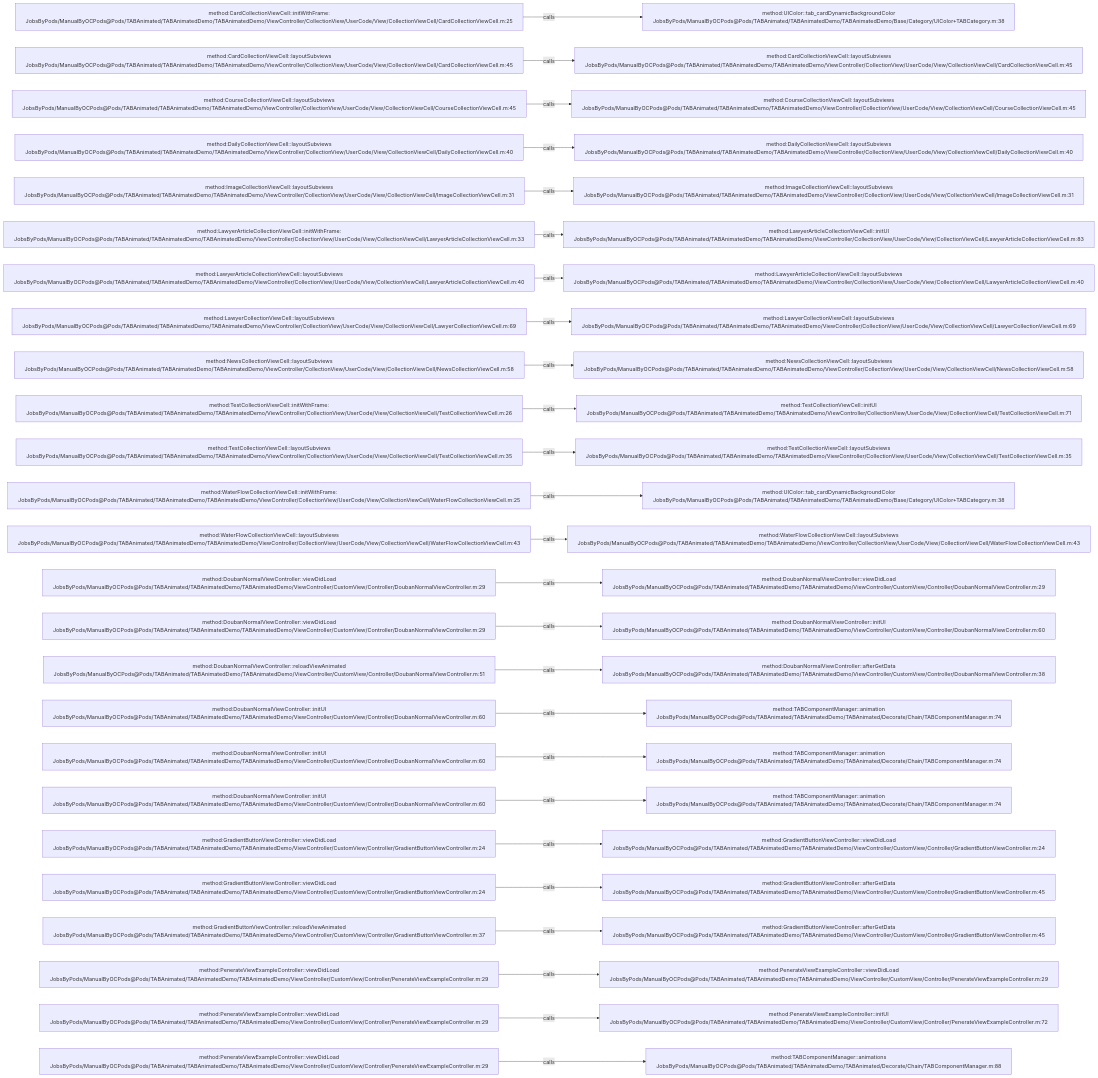
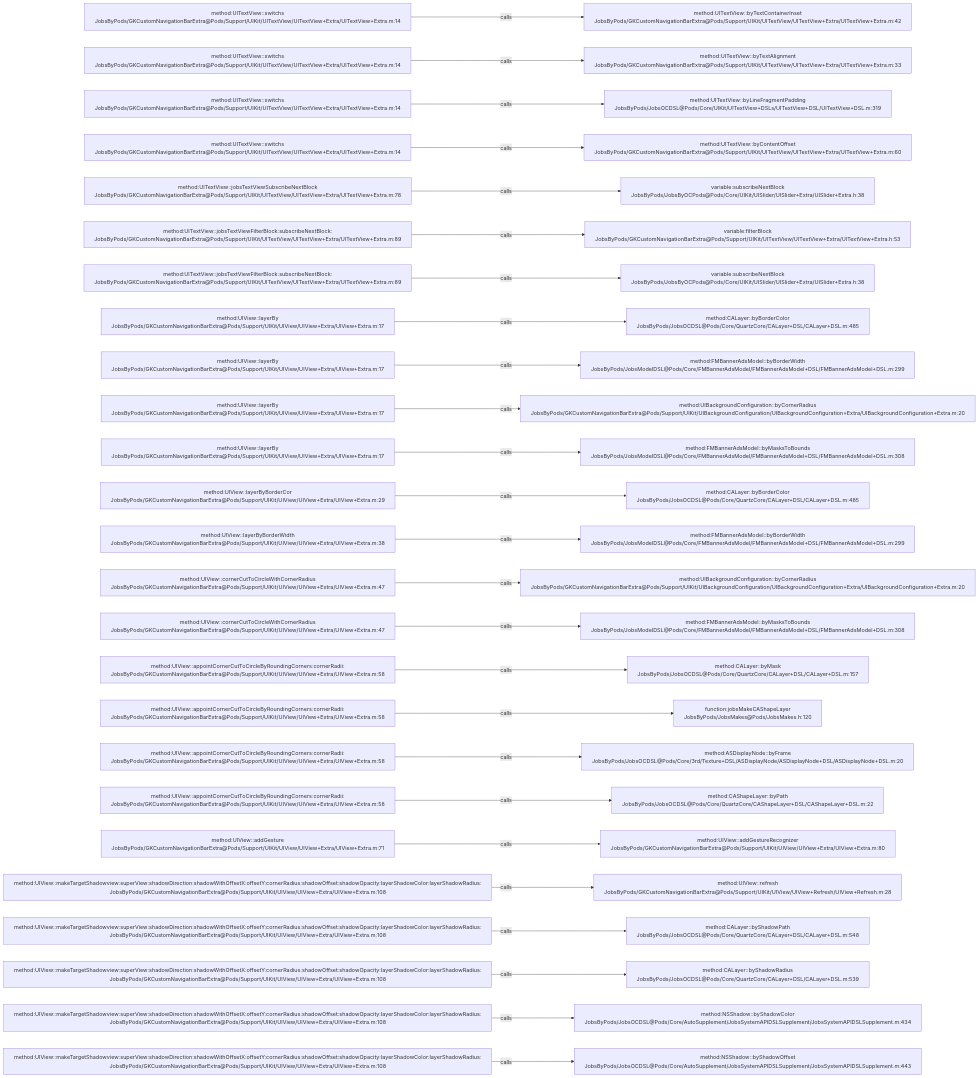
Before and after one commit to JobsKits/JobsOCBaseConfigDemo: the diagram in .codegraph/codegraph.md/graphs/calls-040.md, drawn with Mermaid. The commit also changed 768 other files, not shown here.

````diff
--- a/.codegraph/codegraph.md/graphs/calls-040.md
+++ b/.codegraph/codegraph.md/graphs/calls-040.md
@@ -13,78 +13,78 @@
 ```mermaid
 flowchart LR
-  S1["method:CardCollectionViewCell::initWithFrame:<br/>JobsByPods/ManualByOCPods@Pods/TABAnimated/TABAnimatedDemo/TABAnimatedDemo/ViewController/CollectionView/UserCode/View/CollectionViewCell/CardCollectionViewCell.m:25"]
-  T1["method:UIColor::tab_cardDynamicBackgroundColor<br/>JobsByPods/ManualByOCPods@Pods/TABAnimated/TABAnimatedDemo/TABAnimatedDemo/Base/Category/UIColor+TABCategory.m:38"]
+  S1["method:UITextView::switchs<br/>JobsByPods/GKCustomNavigationBarExtra@Pods/Support/UIKit/UITextView/UITextView+Extra/UITextView+Extra.m:14"]
+  T1["method:UITextView::byTextContainerInset<br/>JobsByPods/GKCustomNavigationBarExtra@Pods/Support/UIKit/UITextView/UITextView+Extra/UITextView+Extra.m:42"]
   S1 -->|calls| T1
-  S2["method:CardCollectionViewCell::layoutSubviews<br/>JobsByPods/ManualByOCPods@Pods/TABAnimated/TABAnimatedDemo/TABAnimatedDemo/ViewController/CollectionView/UserCode/View/CollectionViewCell/CardCollectionViewCell.m:45"]
-  T2["method:CardCollectionViewCell::layoutSubviews<br/>JobsByPods/ManualByOCPods@Pods/TABAnimated/TABAnimatedDemo/TABAnimatedDemo/ViewController/CollectionView/UserCode/View/CollectionViewCell/CardCollectionViewCell.m:45"]
+  S2["method:UITextView::switchs<br/>JobsByPods/GKCustomNavigationBarExtra@Pods/Support/UIKit/UITextView/UITextView+Extra/UITextView+Extra.m:14"]
+  T2["method:UITextView::byTextAlignment<br/>JobsByPods/GKCustomNavigationBarExtra@Pods/Support/UIKit/UITextView/UITextView+Extra/UITextView+Extra.m:33"]
   S2 -->|calls| T2
-  S3["method:CourseCollectionViewCell::layoutSubviews<br/>JobsByPods/ManualByOCPods@Pods/TABAnimated/TABAnimatedDemo/TABAnimatedDemo/ViewController/CollectionView/UserCode/View/CollectionViewCell/CourseCollectionViewCell.m:45"]
-  T3["method:CourseCollectionViewCell::layoutSubviews<br/>JobsByPods/ManualByOCPods@Pods/TABAnimated/TABAnimatedDemo/TABAnimatedDemo/ViewController/CollectionView/UserCode/View/CollectionViewCell/CourseCollectionViewCell.m:45"]
+  S3["method:UITextView::switchs<br/>JobsByPods/GKCustomNavigationBarExtra@Pods/Support/UIKit/UITextView/UITextView+Extra/UITextView+Extra.m:14"]
+  T3["method:UITextView::byLineFragmentPadding<br/>JobsByPods/JobsOCDSL@Pods/Core/UIKit/UITextView+DSLs/UITextView+DSL/UITextView+DSL.m:319"]
   S3 -->|calls| T3
-  S4["method:DailyCollectionViewCell::layoutSubviews<br/>JobsByPods/ManualByOCPods@Pods/TABAnimated/TABAnimatedDemo/TABAnimatedDemo/ViewController/CollectionView/UserCode/View/CollectionViewCell/DailyCollectionViewCell.m:40"]
-  T4["method:DailyCollectionViewCell::layoutSubviews<br/>JobsByPods/ManualByOCPods@Pods/TABAnimated/TABAnimatedDemo/TABAnimatedDemo/ViewController/CollectionView/UserCode/View/CollectionViewCell/DailyCollectionViewCell.m:40"]
+  S4["method:UITextView::switchs<br/>JobsByPods/GKCustomNavigationBarExtra@Pods/Support/UIKit/UITextView/UITextView+Extra/UITextView+Extra.m:14"]
+  T4["method:UITextView::byContentOffset<br/>JobsByPods/GKCustomNavigationBarExtra@Pods/Support/UIKit/UITextView/UITextView+Extra/UITextView+Extra.m:60"]
   S4 -->|calls| T4
-  S5["method:ImageCollectionViewCell::layoutSubviews<br/>JobsByPods/ManualByOCPods@Pods/TABAnimated/TABAnimatedDemo/TABAnimatedDemo/ViewController/CollectionView/UserCode/View/CollectionViewCell/ImageCollectionViewCell.m:31"]
-  T5["method:ImageCollectionViewCell::layoutSubviews<br/>JobsByPods/ManualByOCPods@Pods/TABAnimated/TABAnimatedDemo/TABAnimatedDemo/ViewController/CollectionView/UserCode/View/CollectionViewCell/ImageCollectionViewCell.m:31"]
+  S5["method:UITextView::jobsTextViewSubscribeNextBlock<br/>JobsByPods/GKCustomNavigationBarExtra@Pods/Support/UIKit/UITextView/UITextView+Extra/UITextView+Extra.m:78"]
+  T5["variable:subscribeNextBlock<br/>JobsByPods/JobsByOCPods@Pods/Core/UIKit/UISlider/UISlider+Extra/UISlider+Extra.h:38"]
   S5 -->|calls| T5
-  S6["method:LawyerArticleCollectionViewCell::initWithFrame:<br/>JobsByPods/ManualByOCPods@Pods/TABAnimated/TABAnimatedDemo/TABAnimatedDemo/ViewController/CollectionView/UserCode/View/CollectionViewCell/LawyerArticleCollectionViewCell.m:33"]
-  T6["method:LawyerArticleCollectionViewCell::initUI<br/>JobsByPods/ManualByOCPods@Pods/TABAnimated/TABAnimatedDemo/TABAnimatedDemo/ViewController/CollectionView/UserCode/View/CollectionViewCell/LawyerArticleCollectionViewCell.m:83"]
+  S6["method:UITextView::jobsTextViewFilterBlock:subscribeNextBlock:<br/>JobsByPods/GKCustomNavigationBarExtra@Pods/Support/UIKit/UITextView/UITextView+Extra/UITextView+Extra.m:89"]
+  T6["variable:filterBlock<br/>JobsByPods/GKCustomNavigationBarExtra@Pods/Support/UIKit/UITextView/UITextView+Extra/UITextView+Extra.h:53"]
   S6 -->|calls| T6
-  S7["method:LawyerArticleCollectionViewCell::layoutSubviews<br/>JobsByPods/ManualByOCPods@Pods/TABAnimated/TABAnimatedDemo/TABAnimatedDemo/ViewController/CollectionView/UserCode/View/CollectionViewCell/LawyerArticleCollectionViewCell.m:40"]
-  T7["method:LawyerArticleCollectionViewCell::layoutSubviews<br/>JobsByPods/ManualByOCPods@Pods/TABAnimated/TABAnimatedDemo/TABAnimatedDemo/ViewController/CollectionView/UserCode/View/CollectionViewCell/LawyerArticleCollectionViewCell.m:40"]
+  S7["method:UITextView::jobsTextViewFilterBlock:subscribeNextBlock:<br/>JobsByPods/GKCustomNavigationBarExtra@Pods/Support/UIKit/UITextView/UITextView+Extra/UITextView+Extra.m:89"]
+  T7["variable:subscribeNextBlock<br/>JobsByPods/JobsByOCPods@Pods/Core/UIKit/UISlider/UISlider+Extra/UISlider+Extra.h:38"]
   S7 -->|calls| T7
-  S8["method:LawyerCollectionViewCell::layoutSubviews<br/>JobsByPods/ManualByOCPods@Pods/TABAnimated/TABAnimatedDemo/TABAnimatedDemo/ViewController/CollectionView/UserCode/View/CollectionViewCell/LawyerCollectionViewCell.m:69"]
-  T8["method:LawyerCollectionViewCell::layoutSubviews<br/>JobsByPods/ManualByOCPods@Pods/TABAnimated/TABAnimatedDemo/TABAnimatedDemo/ViewController/CollectionView/UserCode/View/CollectionViewCell/LawyerCollectionViewCell.m:69"]
+  S8["method:UIView::layerBy<br/>JobsByPods/GKCustomNavigationBarExtra@Pods/Support/UIKit/UIView/UIView+Extra/UIView+Extra.m:17"]
+  T8["method:CALayer::byBorderColor<br/>JobsByPods/JobsOCDSL@Pods/Core/QuartzCore/CALayer+DSL/CALayer+DSL.m:485"]
   S8 -->|calls| T8
-  S9["method:NewsCollectionViewCell::layoutSubviews<br/>JobsByPods/ManualByOCPods@Pods/TABAnimated/TABAnimatedDemo/TABAnimatedDemo/ViewController/CollectionView/UserCode/View/CollectionViewCell/NewsCollectionViewCell.m:58"]
-  T9["method:NewsCollectionViewCell::layoutSubviews<br/>JobsByPods/ManualByOCPods@Pods/TABAnimated/TABAnimatedDemo/TABAnimatedDemo/ViewController/CollectionView/UserCode/View/CollectionViewCell/NewsCollectionViewCell.m:58"]
+  S9["method:UIView::layerBy<br/>JobsByPods/GKCustomNavigationBarExtra@Pods/Support/UIKit/UIView/UIView+Extra/UIView+Extra.m:17"]
+  T9["method:FMBannerAdsModel::byBorderWidth<br/>JobsByPods/JobsModelDSL@Pods/Core/FMBannerAdsModel/FMBannerAdsModel+DSL/FMBannerAdsModel+DSL.m:299"]
   S9 -->|calls| T9
-  S10["method:TestCollectionViewCell::initWithFrame:<br/>JobsByPods/ManualByOCPods@Pods/TABAnimated/TABAnimatedDemo/TABAnimatedDemo/ViewController/CollectionView/UserCode/View/CollectionViewCell/TestCollectionViewCell.m:26"]
-  T10["method:TestCollectionViewCell::initUI<br/>JobsByPods/ManualByOCPods@Pods/TABAnimated/TABAnimatedDemo/TABAnimatedDemo/ViewController/CollectionView/UserCode/View/CollectionViewCell/TestCollectionViewCell.m:71"]
+  S10["method:UIView::layerBy<br/>JobsByPods/GKCustomNavigationBarExtra@Pods/Support/UIKit/UIView/UIView+Extra/UIView+Extra.m:17"]
+  T10["method:UIBackgroundConfiguration::byCornerRadius<br/>JobsByPods/GKCustomNavigationBarExtra@Pods/Support/UIKit/UIBackgroundConfiguration/UIBackgroundConfiguration+Extra/UIBackgroundConfiguration+Extra.m:20"]
   S10 -->|calls| T10
-  S11["method:TestCollectionViewCell::layoutSubviews<br/>JobsByPods/ManualByOCPods@Pods/TABAnimated/TABAnimatedDemo/TABAnimatedDemo/ViewController/CollectionView/UserCode/View/CollectionViewCell/TestCollectionViewCell.m:35"]
-  T11["method:TestCollectionViewCell::layoutSubviews<br/>JobsByPods/ManualByOCPods@Pods/TABAnimated/TABAnimatedDemo/TABAnimatedDemo/ViewController/CollectionView/UserCode/View/CollectionViewCell/TestCollectionViewCell.m:35"]
+  S11["method:UIView::layerBy<br/>JobsByPods/GKCustomNavigationBarExtra@Pods/Support/UIKit/UIView/UIView+Extra/UIView+Extra.m:17"]
+  T11["method:FMBannerAdsModel::byMasksToBounds<br/>JobsByPods/JobsModelDSL@Pods/Core/FMBannerAdsModel/FMBannerAdsModel+DSL/FMBannerAdsModel+DSL.m:308"]
   S11 -->|calls| T11
-  S12["method:WaterFlowCollectionViewCell::initWithFrame:<br/>JobsByPods/ManualByOCPods@Pods/TABAnimated/TABAnimatedDemo/TABAnimatedDemo/ViewController/CollectionView/UserCode/View/CollectionViewCell/WaterFlowCollectionViewCell.m:25"]
-  T12["method:UIColor::tab_cardDynamicBackgroundColor<br/>JobsByPods/ManualByOCPods@Pods/TABAnimated/TABAnimatedDemo/TABAnimatedDemo/Base/Category/UIColor+TABCategory.m:38"]
+  S12["method:UIView::layerByBorderCor<br/>JobsByPods/GKCustomNavigationBarExtra@Pods/Support/UIKit/UIView/UIView+Extra/UIView+Extra.m:29"]
+  T12["method:CALayer::byBorderColor<br/>JobsByPods/JobsOCDSL@Pods/Core/QuartzCore/CALayer+DSL/CALayer+DSL.m:485"]
   S12 -->|calls| T12
-  S13["method:WaterFlowCollectionViewCell::layoutSubviews<br/>JobsByPods/ManualByOCPods@Pods/TABAnimated/TABAnimatedDemo/TABAnimatedDemo/ViewController/CollectionView/UserCode/View/CollectionViewCell/WaterFlowCollectionViewCell.m:43"]
-  T13["method:WaterFlowCollectionViewCell::layoutSubviews<br/>JobsByPods/ManualByOCPods@Pods/TABAnimated/TABAnimatedDemo/TABAnimatedDemo/ViewController/CollectionView/UserCode/View/CollectionViewCell/WaterFlowCollectionViewCell.m:43"]
+  S13["method:UIView::layerByBorderWidth<br/>JobsByPods/GKCustomNavigationBarExtra@Pods/Support/UIKit/UIView/UIView+Extra/UIView+Extra.m:38"]
+  T13["method:FMBannerAdsModel::byBorderWidth<br/>JobsByPods/JobsModelDSL@Pods/Core/FMBannerAdsModel/FMBannerAdsModel+DSL/FMBannerAdsModel+DSL.m:299"]
   S13 -->|calls| T13
-  S14["method:DoubanNormalViewController::viewDidLoad<br/>JobsByPods/ManualByOCPods@Pods/TABAnimated/TABAnimatedDemo/TABAnimatedDemo/ViewController/CustomView/Controller/DoubanNormalViewController.m:29"]
-  T14["method:DoubanNormalViewController::viewDidLoad<br/>JobsByPods/ManualByOCPods@Pods/TABAnimated/TABAnimatedDemo/TABAnimatedDemo/ViewController/CustomView/Controller/DoubanNormalViewController.m:29"]
+  S14["method:UIView::cornerCutToCircleWithCornerRadius<br/>JobsByPods/GKCustomNavigationBarExtra@Pods/Support/UIKit/UIView/UIView+Extra/UIView+Extra.m:47"]
+  T14["method:UIBackgroundConfiguration::byCornerRadius<br/>JobsByPods/GKCustomNavigationBarExtra@Pods/Support/UIKit/UIBackgroundConfiguration/UIBackgroundConfiguration+Extra/UIBackgroundConfiguration+Extra.m:20"]
   S14 -->|calls| T14
-  S15["method:DoubanNormalViewController::viewDidLoad<br/>JobsByPods/ManualByOCPods@Pods/TABAnimated/TABAnimatedDemo/TABAnimatedDemo/ViewController/CustomView/Controller/DoubanNormalViewController.m:29"]
-  T15["method:DoubanNormalViewController::initUI<br/>JobsByPods/ManualByOCPods@Pods/TABAnimated/TABAnimatedDemo/TABAnimatedDemo/ViewController/CustomView/Controller/DoubanNormalViewController.m:60"]
+  S15["method:UIView::cornerCutToCircleWithCornerRadius<br/>JobsByPods/GKCustomNavigationBarExtra@Pods/Support/UIKit/UIView/UIView+Extra/UIView+Extra.m:47"]
+  T15["method:FMBannerAdsModel::byMasksToBounds<br/>JobsByPods/JobsModelDSL@Pods/Core/FMBannerAdsModel/FMBannerAdsModel+DSL/FMBannerAdsModel+DSL.m:308"]
   S15 -->|calls| T15
-  S16["method:DoubanNormalViewController::reloadViewAnimated<br/>JobsByPods/ManualByOCPods@Pods/TABAnimated/TABAnimatedDemo/TABAnimatedDemo/ViewController/CustomView/Controller/DoubanNormalViewController.m:51"]
-  T16["method:DoubanNormalViewController::afterGetData<br/>JobsByPods/ManualByOCPods@Pods/TABAnimated/TABAnimatedDemo/TABAnimatedDemo/ViewController/CustomView/Controller/DoubanNormalViewController.m:38"]
+  S16["method:UIView::appointCornerCutToCircleByRoundingCorners:cornerRadii:<br/>JobsByPods/GKCustomNavigationBarExtra@Pods/Support/UIKit/UIView/UIView+Extra/UIView+Extra.m:58"]
+  T16["method:CALayer::byMask<br/>JobsByPods/JobsOCDSL@Pods/Core/QuartzCore/CALayer+DSL/CALayer+DSL.m:157"]
   S16 -->|calls| T16
-  S17["method:DoubanNormalViewController::initUI<br/>JobsByPods/ManualByOCPods@Pods/TABAnimated/TABAnimatedDemo/TABAnimatedDemo/ViewController/CustomView/Controller/DoubanNormalViewController.m:60"]
-  T17["method:TABComponentManager::animation<br/>JobsByPods/ManualByOCPods@Pods/TABAnimated/TABAnimatedDemo/TABAnimated/Decorate/Chain/TABComponentManager.m:74"]
+  S17["method:UIView::appointCornerCutToCircleByRoundingCorners:cornerRadii:<br/>JobsByPods/GKCustomNavigationBarExtra@Pods/Support/UIKit/UIView/UIView+Extra/UIView+Extra.m:58"]
+  T17["function:jobsMakeCAShapeLayer<br/>JobsByPods/JobsMakes@Pods/JobsMakes.h:120"]
   S17 -->|calls| T17
-  S18["method:DoubanNormalViewController::initUI<br/>JobsByPods/ManualByOCPods@Pods/TABAnimated/TABAnimatedDemo/TABAnimatedDemo/ViewController/CustomView/Controller/DoubanNormalViewController.m:60"]
-  T18["method:TABComponentManager::animation<br/>JobsByPods/ManualByOCPods@Pods/TABAnimated/TABAnimatedDemo/TABAnimated/Decorate/Chain/TABComponentManager.m:74"]
+  S18["method:UIView::appointCornerCutToCircleByRoundingCorners:cornerRadii:<br/>JobsByPods/GKCustomNavigationBarExtra@Pods/Support/UIKit/UIView/UIView+Extra/UIView+Extra.m:58"]
+  T18["method:ASDisplayNode::byFrame<br/>JobsByPods/JobsOCDSL@Pods/Core/3rd/Texture+DSL/ASDisplayNode/ASDisplayNode+DSL/ASDisplayNode+DSL.m:20"]
   S18 -->|calls| T18
-  S19["method:DoubanNormalViewController::initUI<br/>JobsByPods/ManualByOCPods@Pods/TABAnimated/TABAnimatedDemo/TABAnimatedDemo/ViewController/CustomView/Controller/DoubanNormalViewController.m:60"]
-  T19["method:TABComponentManager::animation<br/>JobsByPods/ManualByOCPods@Pods/TABAnimated/TABAnimatedDemo/TABAnimated/Decorate/Chain/TABComponentManager.m:74"]
+  S19["method:UIView::appointCornerCutToCircleByRoundingCorners:cornerRadii:<br/>JobsByPods/GKCustomNavigationBarExtra@Pods/Support/UIKit/UIView/UIView+Extra/UIView+Extra.m:58"]
+  T19["method:CAShapeLayer::byPath<br/>JobsByPods/JobsOCDSL@Pods/Core/QuartzCore/CAShapeLayer+DSL/CAShapeLayer+DSL.m:22"]
   S19 -->|calls| T19
-  S20["method:GradientButtonViewController::viewDidLoad<br/>JobsByPods/ManualByOCPods@Pods/TABAnimated/TABAnimatedDemo/TABAnimatedDemo/ViewController/CustomView/Controller/GradientButtonViewController.m:24"]
-  T20["method:GradientButtonViewController::viewDidLoad<br/>JobsByPods/ManualByOCPods@Pods/TABAnimated/TABAnimatedDemo/TABAnimatedDemo/ViewController/CustomView/Controller/GradientButtonViewController.m:24"]
+  S20["method:UIView::addGesture<br/>JobsByPods/GKCustomNavigationBarExtra@Pods/Support/UIKit/UIView/UIView+Extra/UIView+Extra.m:71"]
+  T20["method:UIView::addGestureRecognizer<br/>JobsByPods/GKCustomNavigationBarExtra@Pods/Support/UIKit/UIView/UIView+Extra/UIView+Extra.m:80"]
   S20 -->|calls| T20
-  S21["method:GradientButtonViewController::viewDidLoad<br/>JobsByPods/ManualByOCPods@Pods/TABAnimated/TABAnimatedDemo/TABAnimatedDemo/ViewController/CustomView/Controller/GradientButtonViewController.m:24"]
-  T21["method:GradientButtonViewController::afterGetData<br/>JobsByPods/ManualByOCPods@Pods/TABAnimated/TABAnimatedDemo/TABAnimatedDemo/ViewController/CustomView/Controller/GradientButtonViewController.m:45"]
+  S21["method:UIView::makeTargetShadowview:superView:shadowDirection:shadowWithOffsetX:offsetY:cornerRadius:shadowOffset:shadowOpacity:layerShadowColor:layerShadowRadius:<br/>JobsByPods/GKCustomNavigationBarExtra@Pods/Support/UIKit/UIView/UIView+Extra/UIView+Extra.m:108"]
+  T21["method:UIView::refresh<br/>JobsByPods/GKCustomNavigationBarExtra@Pods/Support/UIKit/UIView/UIView+Refresh/UIView+Refresh.m:28"]
   S21 -->|calls| T21
-  S22["method:GradientButtonViewController::reloadViewAnimated<br/>JobsByPods/ManualByOCPods@Pods/TABAnimated/TABAnimatedDemo/TABAnimatedDemo/ViewController/CustomView/Controller/GradientButtonViewController.m:37"]
-  T22["method:GradientButtonViewController::afterGetData<br/>JobsByPods/ManualByOCPods@Pods/TABAnimated/TABAnimatedDemo/TABAnimatedDemo/ViewController/CustomView/Controller/GradientButtonViewController.m:45"]
+  S22["method:UIView::makeTargetShadowview:superView:shadowDirection:shadowWithOffsetX:offsetY:cornerRadius:shadowOffset:shadowOpacity:layerShadowColor:layerShadowRadius:<br/>JobsByPods/GKCustomNavigationBarExtra@Pods/Support/UIKit/UIView/UIView+Extra/UIView+Extra.m:108"]
+  T22["method:CALayer::byShadowPath<br/>JobsByPods/JobsOCDSL@Pods/Core/QuartzCore/CALayer+DSL/CALayer+DSL.m:548"]
   S22 -->|calls| T22
-  S23["method:PenerateViewExampleController::viewDidLoad<br/>JobsByPods/ManualByOCPods@Pods/TABAnimated/TABAnimatedDemo/TABAnimatedDemo/ViewController/CustomView/Controller/PenerateViewExampleController.m:29"]
-  T23["method:PenerateViewExampleController::viewDidLoad<br/>JobsByPods/ManualByOCPods@Pods/TABAnimated/TABAnimatedDemo/TABAnimatedDemo/ViewController/CustomView/Controller/PenerateViewExampleController.m:29"]
+  S23["method:UIView::makeTargetShadowview:superView:shadowDirection:shadowWithOffsetX:offsetY:cornerRadius:shadowOffset:shadowOpacity:layerShadowColor:layerShadowRadius:<br/>JobsByPods/GKCustomNavigationBarExtra@Pods/Support/UIKit/UIView/UIView+Extra/UIView+Extra.m:108"]
+  T23["method:CALayer::byShadowRadius<br/>JobsByPods/JobsOCDSL@Pods/Core/QuartzCore/CALayer+DSL/CALayer+DSL.m:539"]
   S23 -->|calls| T23
-  S24["method:PenerateViewExampleController::viewDidLoad<br/>JobsByPods/ManualByOCPods@Pods/TABAnimated/TABAnimatedDemo/TABAnimatedDemo/ViewController/CustomView/Controller/PenerateViewExampleController.m:29"]
-  T24["method:PenerateViewExampleController::initUI<br/>JobsByPods/ManualByOCPods@Pods/TABAnimated/TABAnimatedDemo/TABAnimatedDemo/ViewController/CustomView/Controller/PenerateViewExampleController.m:72"]
+  S24["method:UIView::makeTargetShadowview:superView:shadowDirection:shadowWithOffsetX:offsetY:cornerRadius:shadowOffset:shadowOpacity:layerShadowColor:layerShadowRadius:<br/>JobsByPods/GKCustomNavigationBarExtra@Pods/Support/UIKit/UIView/UIView+Extra/UIView+Extra.m:108"]
+  T24["method:NSShadow::byShadowColor<br/>JobsByPods/JobsOCDSL@Pods/Core/AutoSupplement/JobsSystemAPIDSLSupplement/JobsSystemAPIDSLSupplement.m:434"]
   S24 -->|calls| T24
-  S25["method:PenerateViewExampleController::viewDidLoad<br/>JobsByPods/ManualByOCPods@Pods/TABAnimated/TABAnimatedDemo/TABAnimatedDemo/ViewController/CustomView/Controller/PenerateViewExampleController.m:29"]
-  T25["method:TABComponentManager::animations<br/>JobsByPods/ManualByOCPods@Pods/TABAnimated/TABAnimatedDemo/TABAnimated/Decorate/Chain/TABComponentManager.m:88"]
+  S25["method:UIView::makeTargetShadowview:superView:shadowDirection:shadowWithOffsetX:offsetY:cornerRadius:shadowOffset:shadowOpacity:layerShadowColor:layerShadowRadius:<br/>JobsByPods/GKCustomNavigationBarExtra@Pods/Support/UIKit/UIView/UIView+Extra/UIView+Extra.m:108"]
+  T25["method:NSShadow::byShadowOffset<br/>JobsByPods/JobsOCDSL@Pods/Core/AutoSupplement/JobsSystemAPIDSLSupplement/JobsSystemAPIDSLSupplement.m:443"]
   S25 -->|calls| T25
 ```
````
